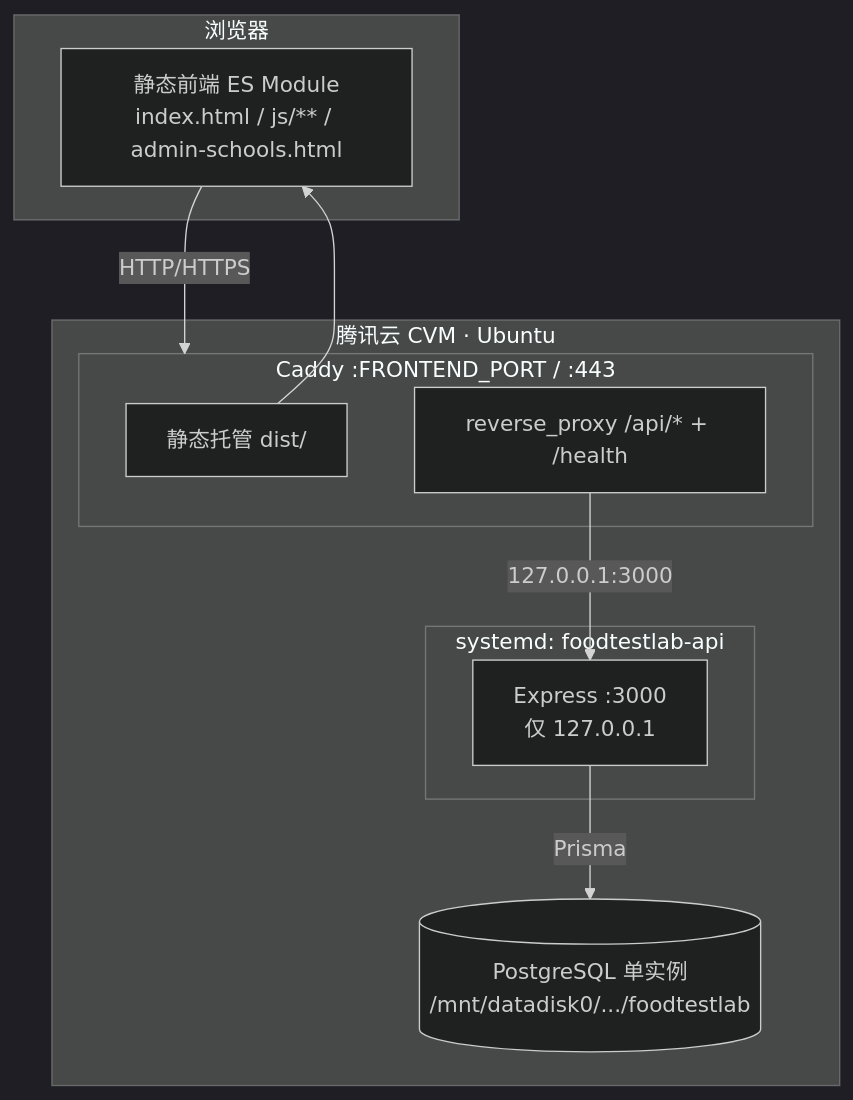
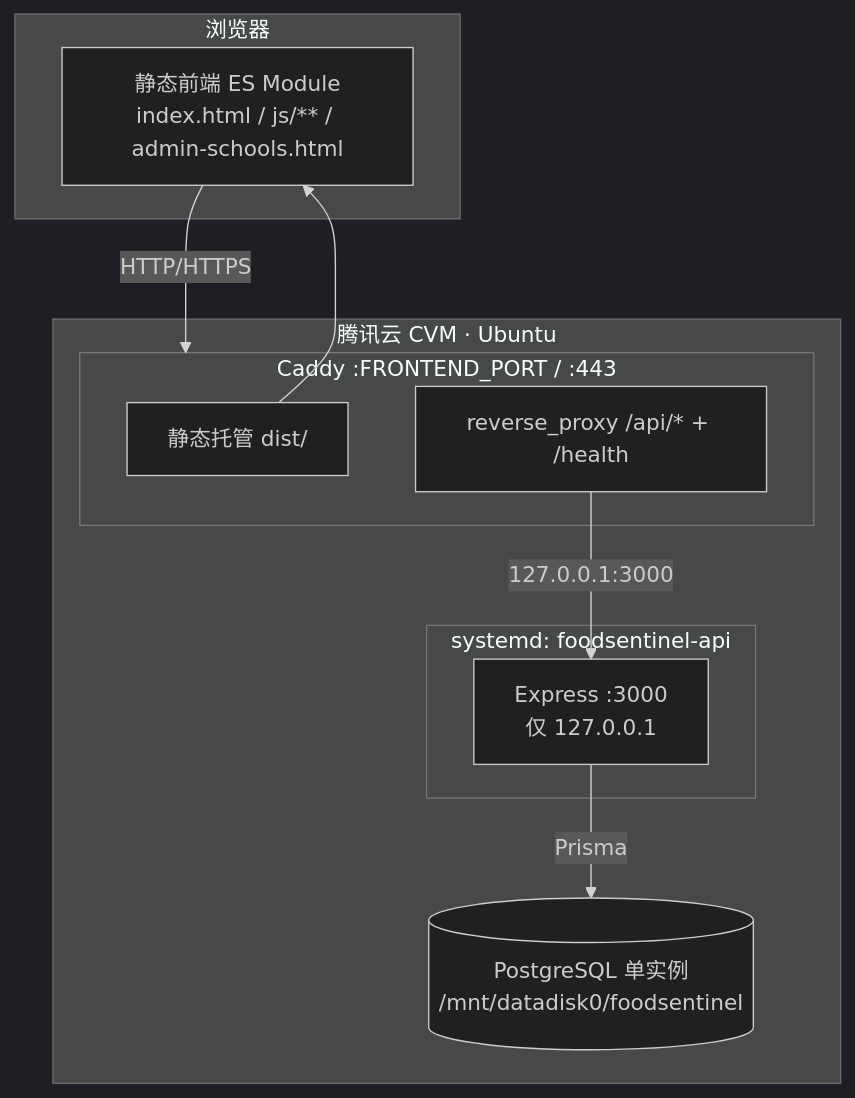
The first of 5 diagrams in README.md (ArthurUker/Tianjiabing_foodtestlab), drawn with Mermaid (dark theme) before and after one commit. The commit also changed other lines of this file and 6 other files, not shown here.

````diff
--- a/README.md
+++ b/README.md
@@ -95,22 +95,22 @@
 ```mermaid
 flowchart TB
     subgraph Client[浏览器]
         UI[静态前端 ES Module<br/>index.html / js/** / admin-schools.html]
     end
 
     subgraph CVM[腾讯云 CVM · Ubuntu]
         subgraph Caddy[Caddy :FRONTEND_PORT / :443]
             Static[静态托管 dist/]
             Proxy[reverse_proxy /api/* + /health]
         end
-        subgraph Node[systemd: foodtestlab-api]
+        subgraph Node[systemd: foodsentinel-api]
             API[Express :3000<br/>仅 127.0.0.1]
         end
-        DB[(PostgreSQL 单实例<br/>/mnt/datadisk0/.../foodtestlab)]
+        DB[(PostgreSQL 单实例<br/>/mnt/datadisk0/foodsentinel)]
     end
 
     UI -->|HTTP/HTTPS| Caddy
     Static --> UI
     Proxy -->|127.0.0.1:3000| API
     API -->|Prisma| DB
 ```
````
